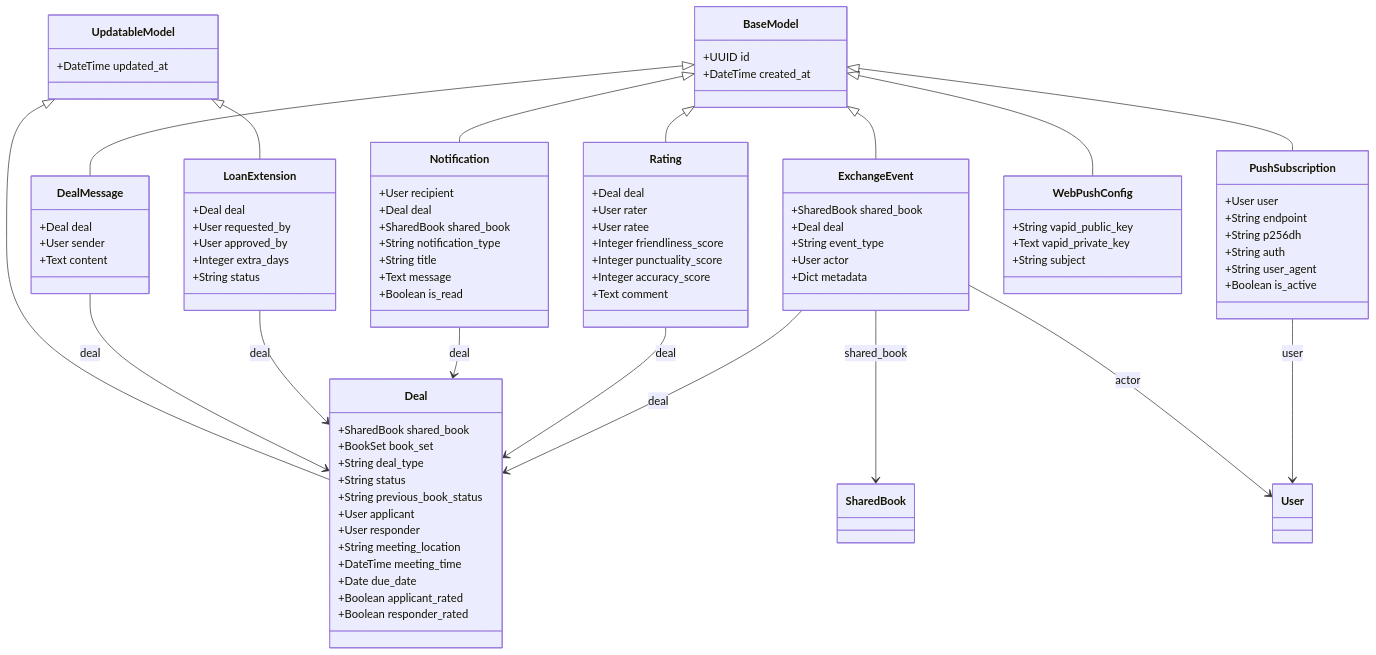
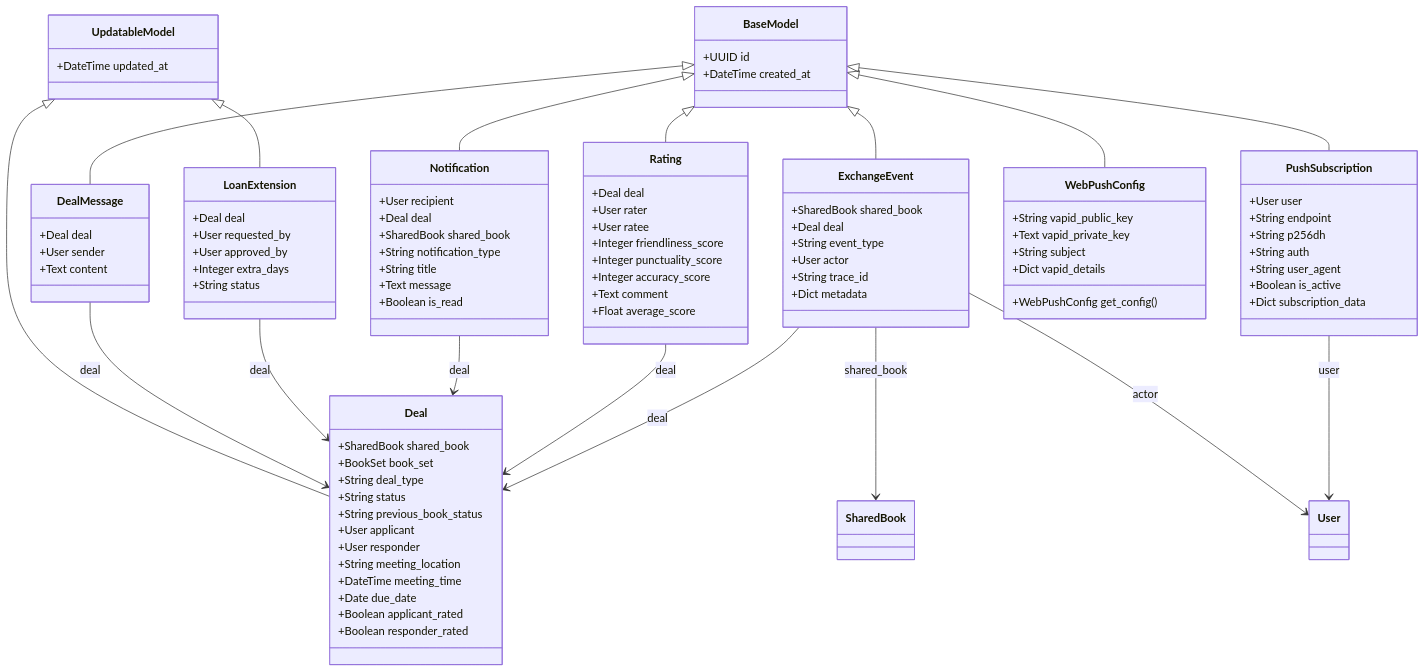
One commit to lucashsu95/exbooks changed the fifth of 5 diagrams in docs/class-diagram.md. Above: the diagram before and after it, drawn with Mermaid. The commit also changed other lines of this file and 4 other files, not shown here.

First line of the commit message:
docs: sync 5 architecture docs with actual codebase state

```diff
--- a/docs/class-diagram.md
+++ b/docs/class-diagram.md
@@ -531,6 +544,7 @@
         +Integer punctuality_score
         +Integer accuracy_score
         +Text comment
+        +Float average_score
     }
 
     class ExchangeEvent {
@@ -538,6 +552,7 @@
         +Deal deal
         +String event_type
         +User actor
+        +String trace_id
         +Dict metadata
     }
 
@@ -548,12 +563,15 @@
         +String auth
         +String user_agent
         +Boolean is_active
+        +Dict subscription_data
     }
 
     class WebPushConfig {
         +String vapid_public_key
         +Text vapid_private_key
         +String subject
+        +WebPushConfig get_config()
+        +Dict vapid_details
     }
 
     UpdatableModel <|-- Deal
```
